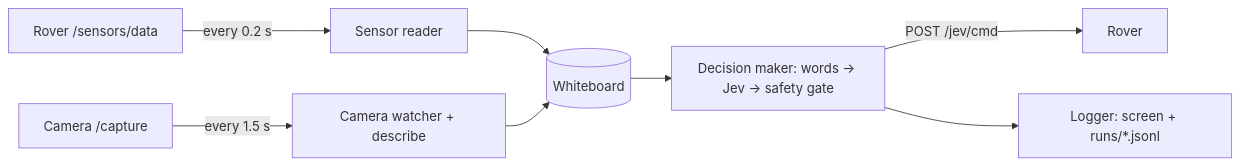
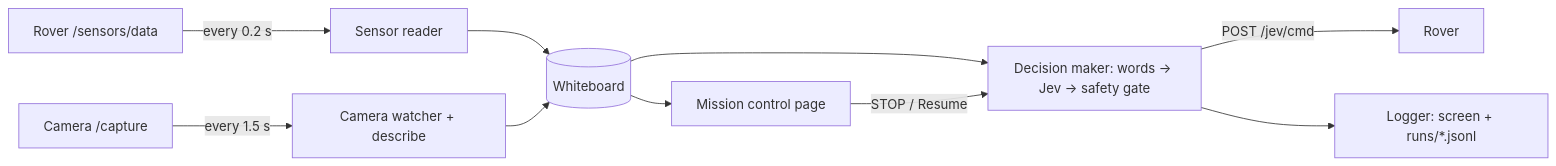
One commit to Hammad-Sheikhh/mars-rover changed the diagram in docs/EARTH_STATION.md. Above: the diagram before and after it, drawn with Mermaid. The commit also changed other lines of this file and 15 other files, not shown here.

First line of the commit message:
feat(station): mission control page with STOP and Resume (milestone 6)

````diff
--- a/docs/EARTH_STATION.md
+++ b/docs/EARTH_STATION.md
@@ -155,10 +175,12 @@
 ```mermaid
 flowchart LR
   R["Rover /sensors/data"] -->|every 0.2 s| SR["Sensor reader"]
   C["Camera /capture"] -->|every 1.5 s| CW["Camera watcher + describe"]
   SR --> WB[("Whiteboard")]
   CW --> WB
   WB --> DM["Decision maker: words -> Jev -> safety gate"]
   DM -->|"POST /jev/cmd"| R2["Rover"]
   DM --> LG["Logger: screen + runs/*.jsonl"]
+  WB --> MC["Mission control page"]
+  MC -->|STOP / Resume| DM
 ```
````
